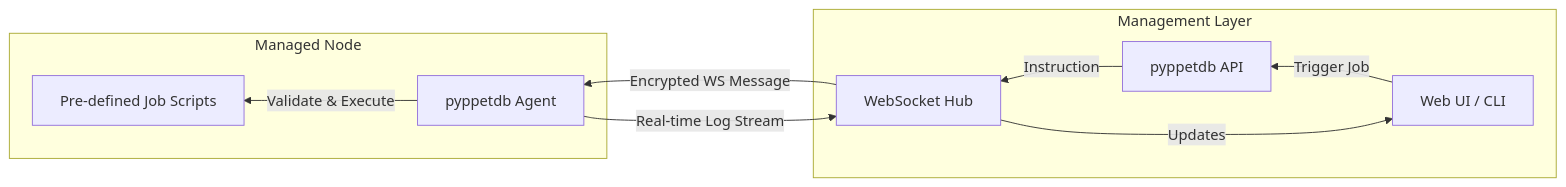
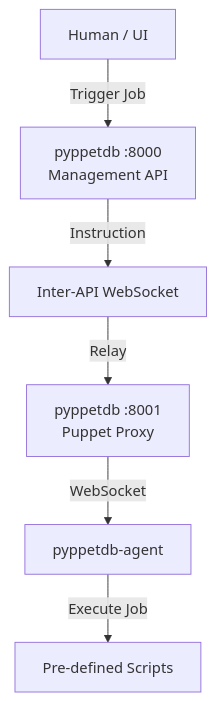
Before and after one commit to schlitzered/pyppetdb: the fourth of 4 diagrams in docs/architecture.md, drawn with Mermaid. The commit also changed other lines of this file, not shown here.

````diff
--- a/docs/architecture.md
+++ b/docs/architecture.md
@@ -96,20 +95,14 @@
 ```mermaid
-graph RL
-    subgraph "Management Layer"
-        UI[Web UI / CLI]
-        API[pyppetdb API]
-        Hub[WebSocket Hub]
-    end
+graph TD
+    User[Human / UI]
+    API[pyppetdb :8000<br/>Management API]
+    WS[Inter-API WebSocket]
+    Proxy[pyppetdb :8001<br/>Puppet Proxy]
+    Agent[pyppetdb-agent]
 
-    subgraph "Managed Node"
-        Agent[pyppetdb Agent]
-        Jobs[Pre-defined Job Scripts]
-    end
-
-    UI -- "Trigger Job" --> API
-    API -- "Instruction" --> Hub
-    Hub -- "Encrypted WS Message" --> Agent
-    Agent -- "Validate & Execute" --> Jobs
-    Agent -- "Real-time Log Stream" --> Hub
-    Hub -- "Updates" --> UI
+    User -- "Trigger Job" --> API
+    API -- "Instruction" --> WS
+    WS -- "Relay" --> Proxy
+    Proxy -- "WebSocket" --> Agent
+    Agent -- "Execute Job" --> Jobs[Pre-defined Scripts]
 ```
````
